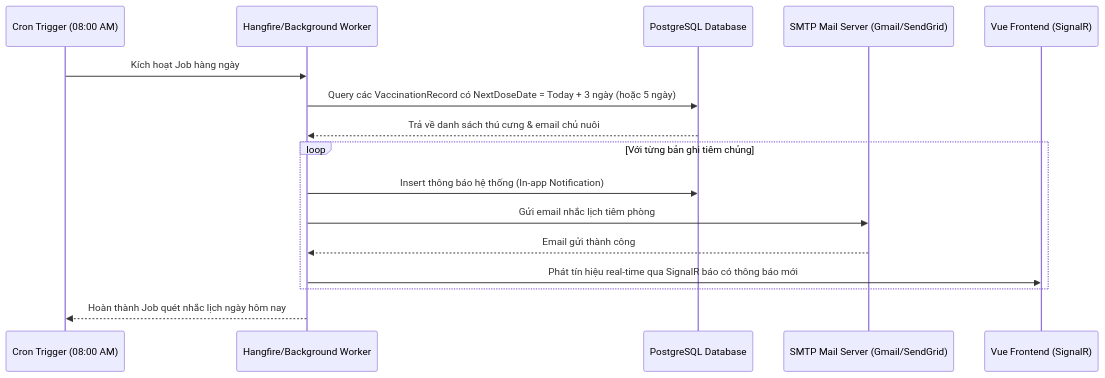
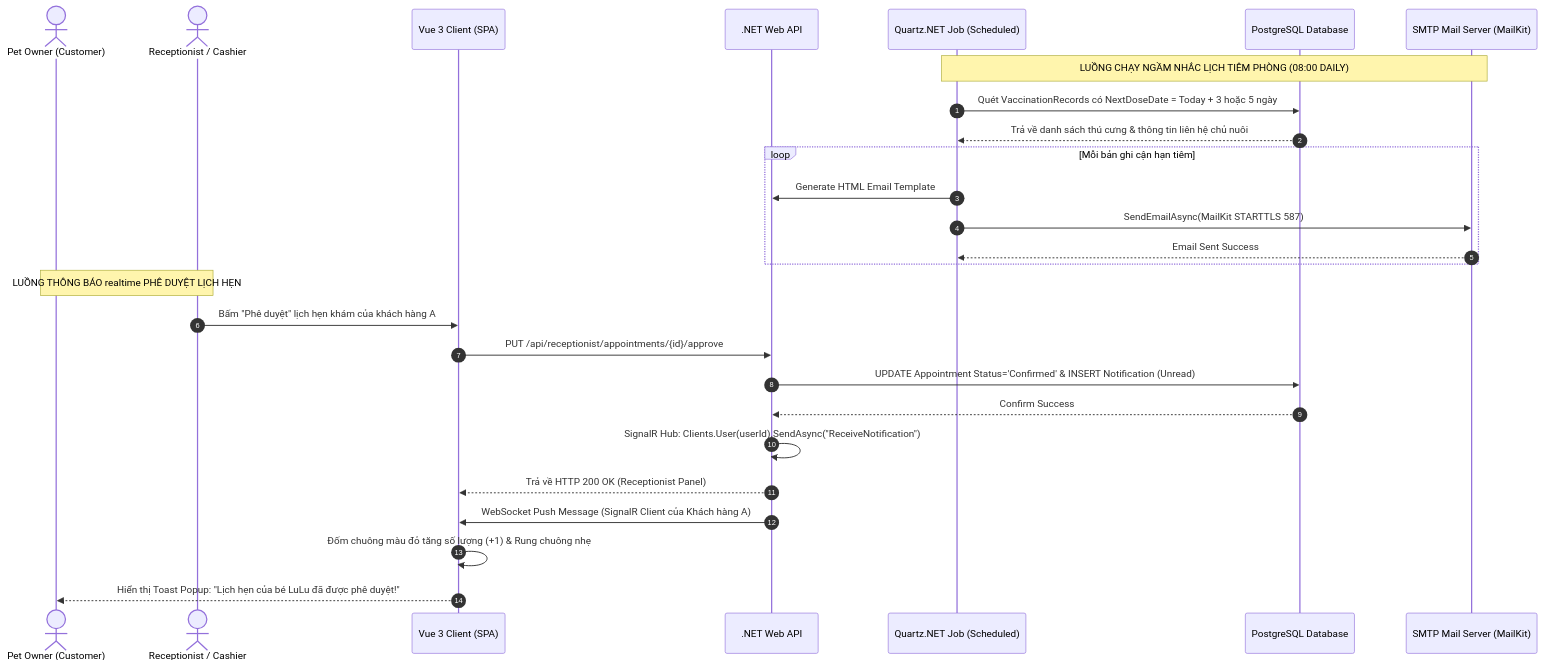
The diagram in plan/features/deep-decomposition/phase3-notifications/TECHNICAL_SPEC.md (NamSD1901/DATN-Final), drawn with Mermaid before and after one commit. The commit also changed other lines of this file and 11 other files, not shown here.

````diff
--- a/plan/features/deep-decomposition/phase3-notifications/TECHNICAL_SPEC.md
+++ b/plan/features/deep-decomposition/phase3-notifications/TECHNICAL_SPEC.md
@@ -11,21 +11,31 @@
 ```mermaid
 sequenceDiagram
-    participant OS as Cron Trigger (08:00 AM)
-    participant Worker as Hangfire/Background Worker
+    autonumber
+    actor U as Pet Owner (Customer)
+    actor R as Receptionist / Cashier
+    participant FE as Vue 3 Client (SPA)
+    participant BE as .NET Web API
+    participant QZ as Quartz.NET Job (Scheduled)
     participant DB as PostgreSQL Database
-    participant SMTP as SMTP Mail Server (Gmail/SendGrid)
-    participant FE as Vue Frontend (SignalR)
+    participant MS as SMTP Mail Server (MailKit)
 
-    OS->>Worker: Kích hoạt Job hàng ngày
-    Worker->>DB: Query các VaccinationRecord có NextDoseDate = Today + 3 ngày (hoặc 5 ngày)
-    DB-->>Worker: Trả về danh sách thú cưng & email chủ nuôi
-    
-    loop Với từng bản ghi tiêm chủng
-        Worker->>DB: Insert thông báo hệ thống (In-app Notification)
-        Worker->>SMTP: Gửi email nhắc lịch tiêm phòng
-        SMTP-->>Worker: Email gửi thành công
-        Worker->>FE: Phát tín hiệu real-time qua SignalR báo có thông báo mới
+    Note over QZ, MS: LUỒNG CHẠY NGẦM NHẮC LỊCH TIÊM PHÒNG (08:00 DAILY)
+    QZ->>DB: Quét VaccinationRecords có NextDoseDate = Today + 3 hoặc 5 ngày
+    DB-->>QZ: Trả về danh sách thú cưng & thông tin liên hệ chủ nuôi
+    loop Mỗi bản ghi cận hạn tiêm
+        QZ->>BE: Generate HTML Email Template
+        QZ->>MS: SendEmailAsync(MailKit STARTTLS 587)
+        MS-->>QZ: Email Sent Success
     end
-    
-    Worker-->>OS: Hoàn thành Job quét nhắc lịch ngày hôm nay
+
+    Note over R, U: LUỒNG THÔNG BÁO realtime PHÊ DUYỆT LỊCH HẸN
+    R->>FE: Bấm "Phê duyệt" lịch hẹn khám của khách hàng A
+    FE->>BE: PUT /api/receptionist/appointments/{id}/approve
+    BE->>DB: UPDATE Appointment Status='Confirmed' & INSERT Notification (Unread)
+    DB-->>BE: Confirm Success
+    BE->>BE: SignalR Hub: Clients.User(userId).SendAsync("ReceiveNotification")
+    BE-->>FE: Trả về HTTP 200 OK (Receptionist Panel)
+    BE->>FE: WebSocket Push Message (SignalR Client của Khách hàng A)
+    FE->>FE: Đốm chuông màu đỏ tăng số lượng (+1) & Rung chuông nhẹ
+    FE-->>U: Hiển thị Toast Popup: "Lịch hẹn của bé LuLu đã được phê duyệt!"
 ```
````
